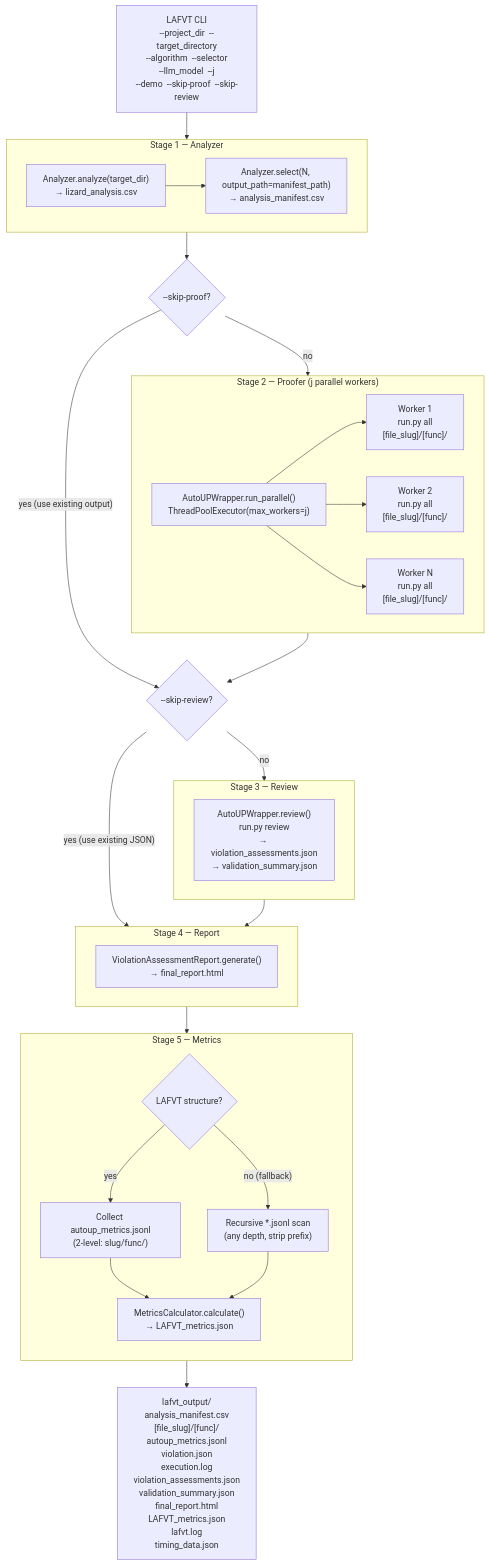
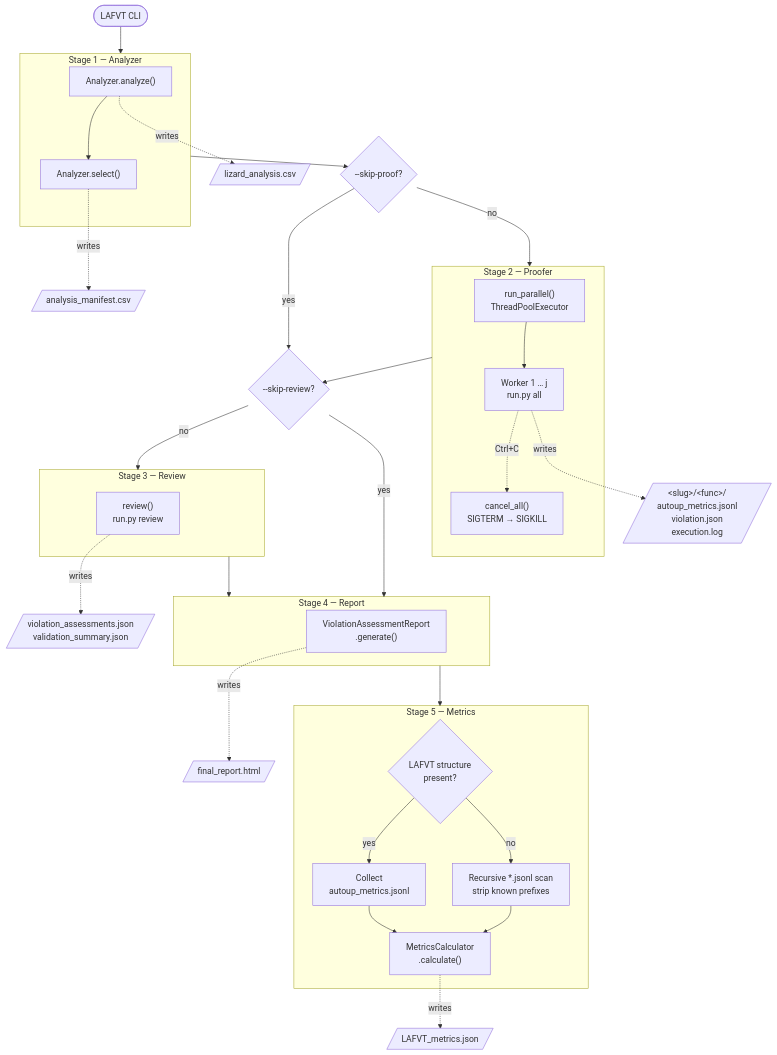
The first of 2 diagrams in docs/system_architecture.md (galaxybomb23/LAFVT), drawn with Mermaid before and after one commit. The commit also changed other lines of this file, not shown here.

Commit message:
update diagrams

````diff
--- a/docs/system_architecture.md
+++ b/docs/system_architecture.md
@@ -17,53 +17,62 @@
 ```mermaid
 flowchart TD
-    CLI["LAFVT CLI\n--project_dir  --target_directory\n--algorithm  --selector\n--llm_model  --j\n--demo  --skip-proof  --skip-review"]
+    CLI(["LAFVT CLI"])
 
     subgraph Stage1["Stage 1 — Analyzer"]
-        A1["Analyzer.analyze(target_dir)\n→ lizard_analysis.csv"]
-        A2["Analyzer.select(N, output_path=manifest_path)\n→ analysis_manifest.csv"]
+        A1["Analyzer.analyze()"]
+        A2["Analyzer.select()"]
         A1 --> A2
     end
+    CSV1[/"lizard_analysis.csv"/]
+    CSV2[/"analysis_manifest.csv"/]
+    A1 -. writes .-> CSV1
+    A2 -. writes .-> CSV2
 
     SKIP2{"--skip-proof?"}
-    subgraph Stage2["Stage 2 — Proofer  (j parallel workers)"]
-        P1["AutoUPWrapper.run_parallel()\nThreadPoolExecutor(max_workers=j)"]
-        P2["Worker 1\nrun.py all\n[file_slug]/[func]/"]
-        P3["Worker 2\nrun.py all\n[file_slug]/[func]/"]
-        P4["Worker N\nrun.py all\n[file_slug]/[func]/"]
-        P1 --> P2 & P3 & P4
+
+    subgraph Stage2["Stage 2 — Proofer"]
+        P1["run_parallel()<br/>ThreadPoolExecutor"]
+        P2["Worker 1 … j<br/>run.py all"]
+        PCANCEL["cancel_all()<br/>SIGTERM → SIGKILL"]
+        P1 --> P2
+        P2 -.->|"Ctrl+C"| PCANCEL
     end
+    ART[/"&lt;slug&gt;/&lt;func&gt;/<br/>autoup_metrics.jsonl<br/>violation.json<br/>execution.log"/]
+    P2 -. writes .-> ART
 
     SKIP3{"--skip-review?"}
+
     subgraph Stage3["Stage 3 — Review"]
-        R1["AutoUPWrapper.review()\nrun.py review\n→ violation_assessments.json\n→ validation_summary.json"]
+        R1["review()<br/>run.py review"]
     end
+    ASS[/"violation_assessments.json<br/>validation_summary.json"/]
+    R1 -. writes .-> ASS
 
     subgraph Stage4["Stage 4 — Report"]
-        RPT["ViolationAssessmentReport.generate()\n→ final_report.html"]
+        RPT["ViolationAssessmentReport<br/>.generate()"]
     end
+    HTML[/"final_report.html"/]
+    RPT -. writes .-> HTML
 
     subgraph Stage5["Stage 5 — Metrics"]
-        direction TB
-        M1{"LAFVT structure?"}
-        M2["Collect autoup_metrics.jsonl\n(2-level: slug/func/) "]
-        M3["Recursive *.jsonl scan\n(any depth, strip prefix)"]
-        M4["MetricsCalculator.calculate()\n→ LAFVT_metrics.json"]
+        M1{"LAFVT structure<br/>present?"}
+        M2["Collect<br/>autoup_metrics.jsonl"]
+        M3["Recursive *.jsonl scan<br/>strip known prefixes"]
+        M4["MetricsCalculator<br/>.calculate()"]
         M1 -- "yes" --> M2
-        M1 -- "no (fallback)" --> M3
-        M2 --> M4
-        M3 --> M4
+        M1 -- "no" --> M3
+        M2 & M3 --> M4
     end
-
-    OUT["lafvt_output/\n  analysis_manifest.csv\n  [file_slug]/[func]/\n    autoup_metrics.jsonl\n    violation.json\n    execution.log\n  violation_assessments.json\n  validation_summary.json\n  final_report.html\n  LAFVT_metrics.json\n  lafvt.log\n  timing_data.json"]
+    MJ[/"LAFVT_metrics.json"/]
+    M4 -. writes .-> MJ
 
     CLI --> Stage1
     Stage1 --> SKIP2
     SKIP2 -- "no" --> Stage2
-    SKIP2 -- "yes (use existing output)" --> SKIP3
+    SKIP2 -- "yes" --> SKIP3
     Stage2 --> SKIP3
     SKIP3 -- "no" --> Stage3
-    SKIP3 -- "yes (use existing JSON)" --> Stage4
+    SKIP3 -- "yes" --> Stage4
     Stage3 --> Stage4
     Stage4 --> Stage5
-    Stage5 --> OUT
 ```
````
